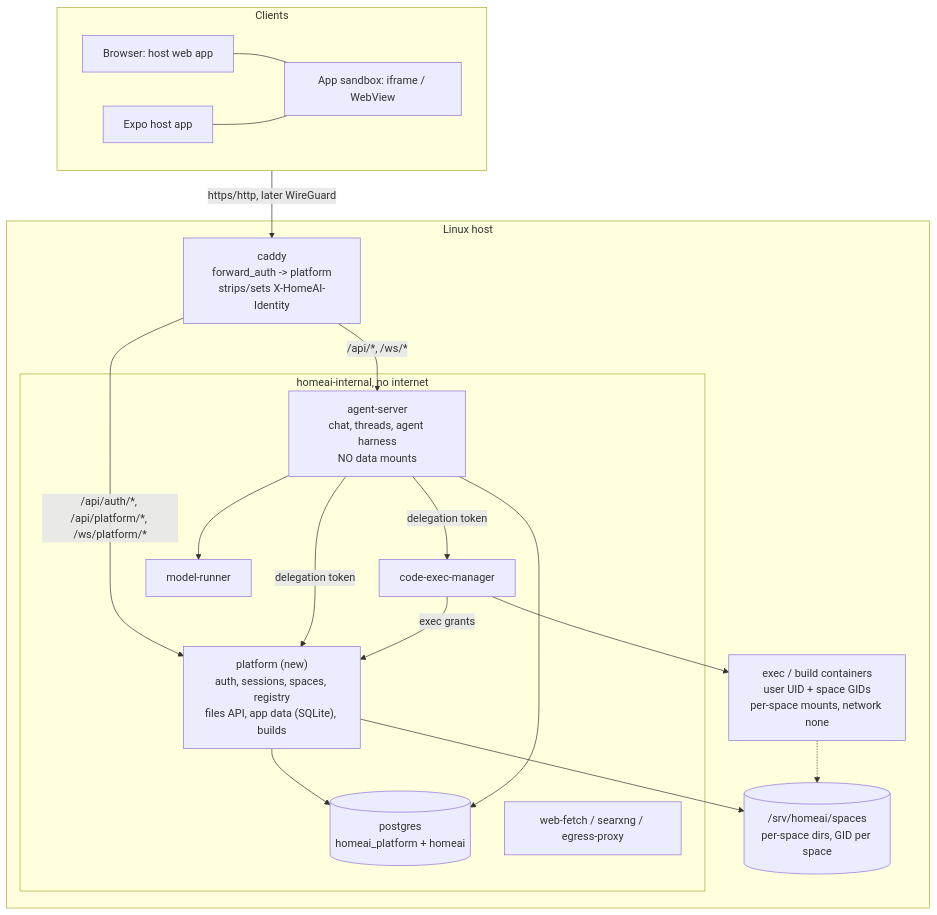
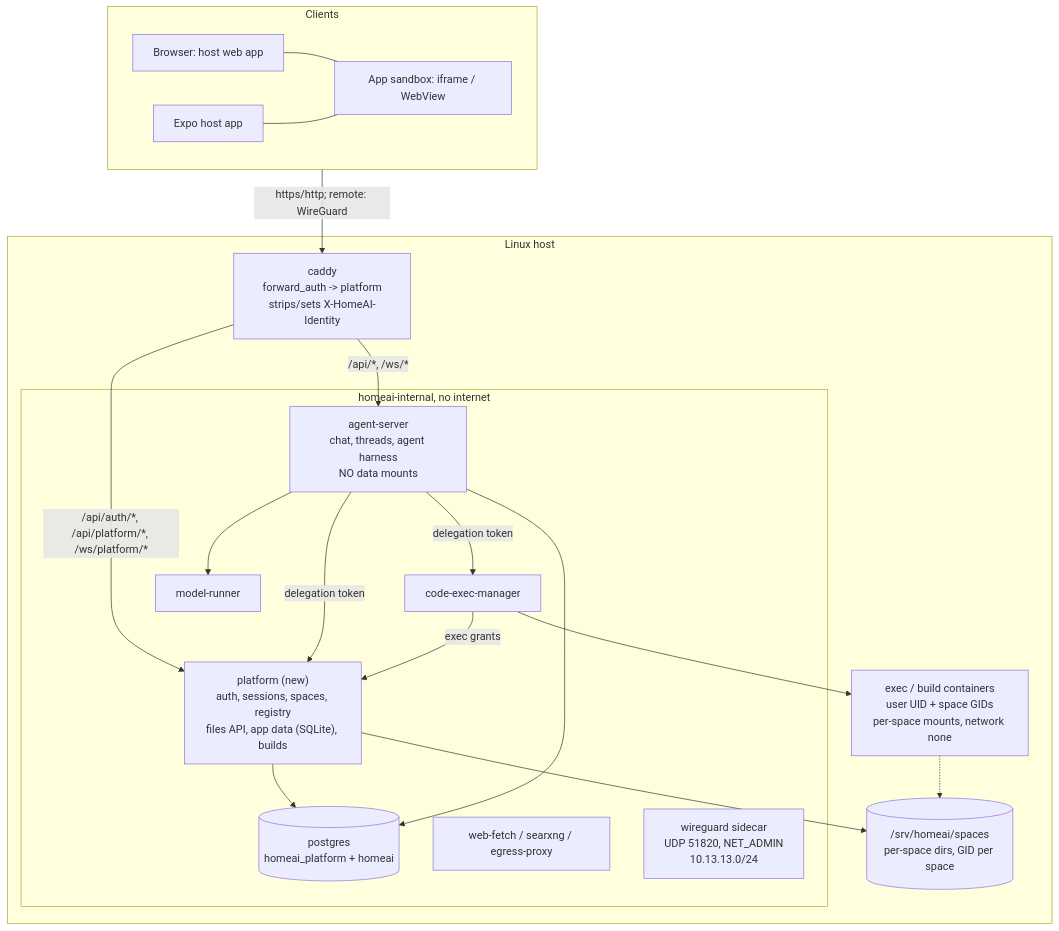
Before and after one commit to cucucachu/unnamed_local_ai_server: the diagram in docs/PLATFORM.md, drawn with Mermaid. The commit also changed other lines of this file and 33 other files, not shown here.

First line of the commit message:
M15-01: WireGuard remote access. (#214)

````diff
--- a/docs/PLATFORM.md
+++ b/docs/PLATFORM.md
@@ -84,38 +84,39 @@
 ```mermaid
 flowchart TB
     subgraph clients [Clients]
         web[Browser: host web app]
         native[Expo host app]
         sandbox[App sandbox: iframe / WebView]
     end
     web --- sandbox
     native --- sandbox
 
-    clients -->|"https/http, later WireGuard"| caddy
+    clients -->|"https/http; remote: WireGuard"| caddy
 
     subgraph host [Linux host]
         caddy["caddy\nforward_auth -> platform\nstrips/sets X-HomeAI-Identity"]
         subgraph internal [homeai-internal, no internet]
             platform["platform (new)\nauth, sessions, spaces, registry\nfiles API, app data (SQLite), builds"]
             agent["agent-server\nchat, threads, agent harness\nNO data mounts"]
             exec[code-exec-manager]
             pg[(postgres\nhomeai_platform + homeai)]
             model[model-runner]
             webfetch[web-fetch / searxng / egress-proxy]
+            wg["wireguard sidecar\nUDP 51820, NET_ADMIN\n10.13.13.0/24"]
         end
         spaces[("/srv/homeai/spaces\nper-space dirs, GID per space")]
         execc["exec / build containers\nuser UID + space GIDs\nper-space mounts, network none"]
     end
 
     caddy -->|"/api/auth/*, /api/platform/*, /ws/platform/*"| platform
     caddy -->|"/api/*, /ws/*"| agent
     agent -->|"delegation token"| platform
     agent -->|"delegation token"| exec
     exec -->|"exec grants"| platform
     exec --> execc
     platform --> spaces
     platform --> pg
     agent --> pg
     agent --> model
     execc -.-> spaces
 ```
````
